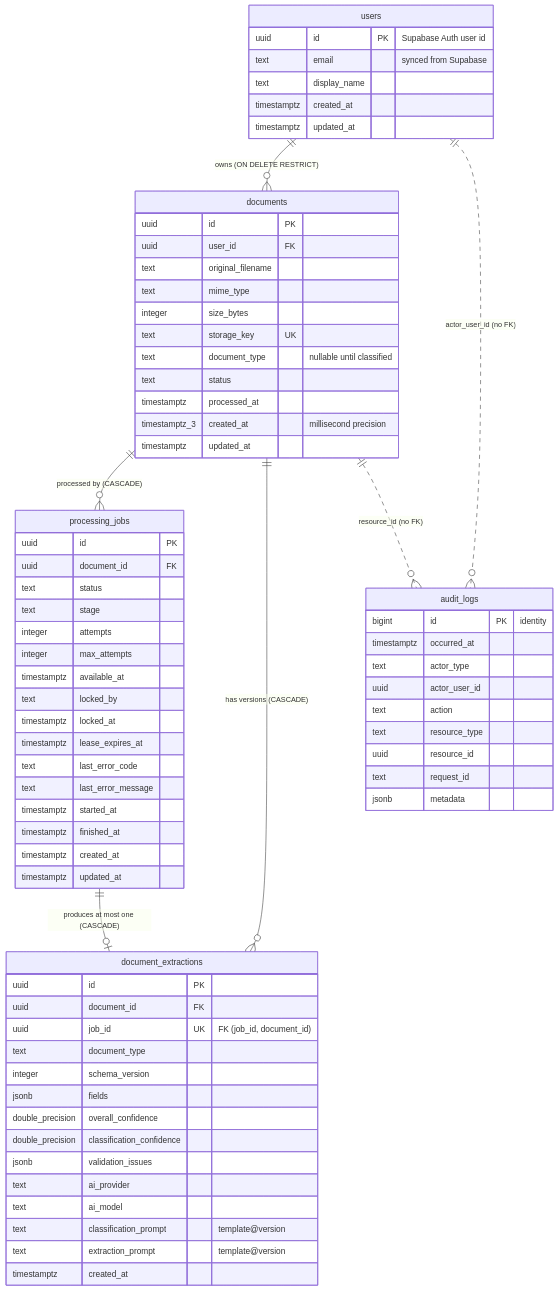
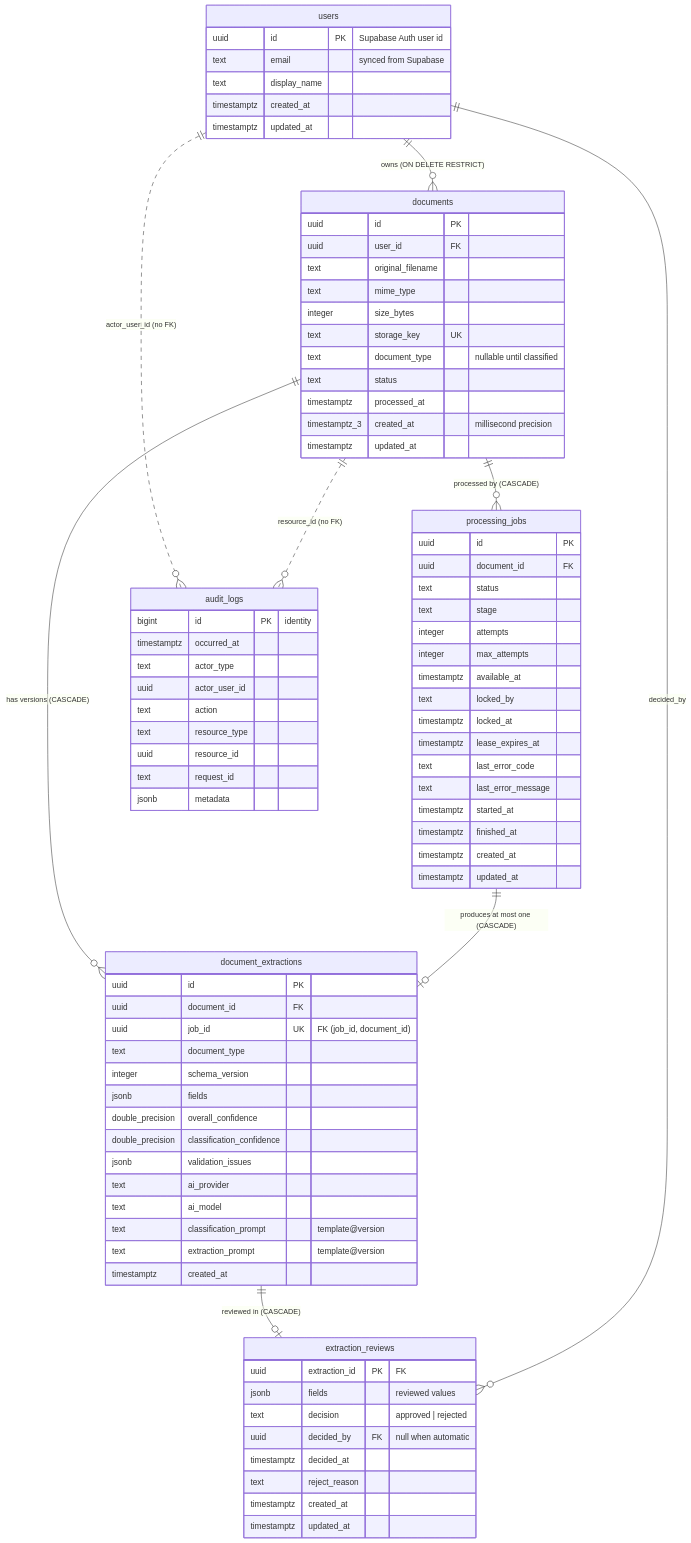
The diagram in docs/database/schema.md (ChetanRawat07/DocuMind), drawn with Mermaid before and after one commit. The commit also changed other lines of this file and 9 other files, not shown here.

```diff
--- a/docs/database/schema.md
+++ b/docs/database/schema.md
@@ -15,6 +15,8 @@
     documents ||--o{ processing_jobs : "processed by (CASCADE)"
     documents ||--o{ document_extractions : "has versions (CASCADE)"
     processing_jobs ||--o| document_extractions : "produces at most one (CASCADE)"
+    document_extractions ||--o| extraction_reviews : "reviewed in (CASCADE)"
+    users ||--o{ extraction_reviews : "decided_by"
     users ||..o{ audit_logs : "actor_user_id (no FK)"
     documents ||..o{ audit_logs : "resource_id (no FK)"
 
@@ -72,6 +74,16 @@
         text extraction_prompt "template@version"
         timestamptz created_at
     }
+    extraction_reviews {
+        uuid extraction_id PK "FK"
+        jsonb fields "reviewed values"
+        text decision "approved | rejected"
+        uuid decided_by FK "null when automatic"
+        timestamptz decided_at
+        text reject_reason
+        timestamptz created_at
+        timestamptz updated_at
+    }
     audit_logs {
         bigint id PK "identity"
         timestamptz occurred_at
```
